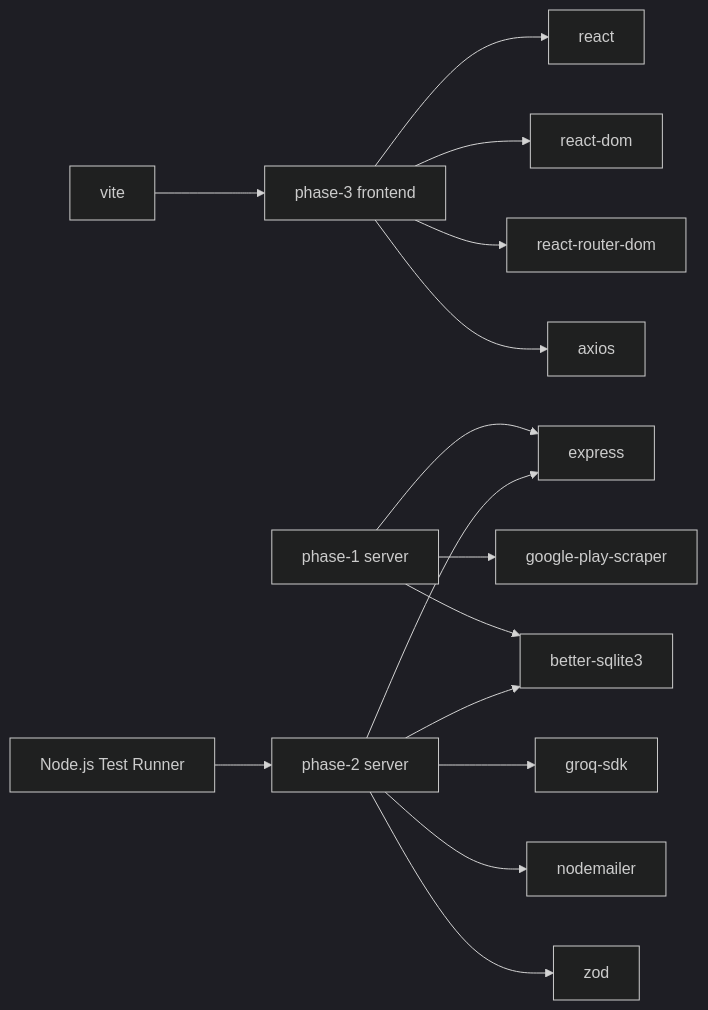
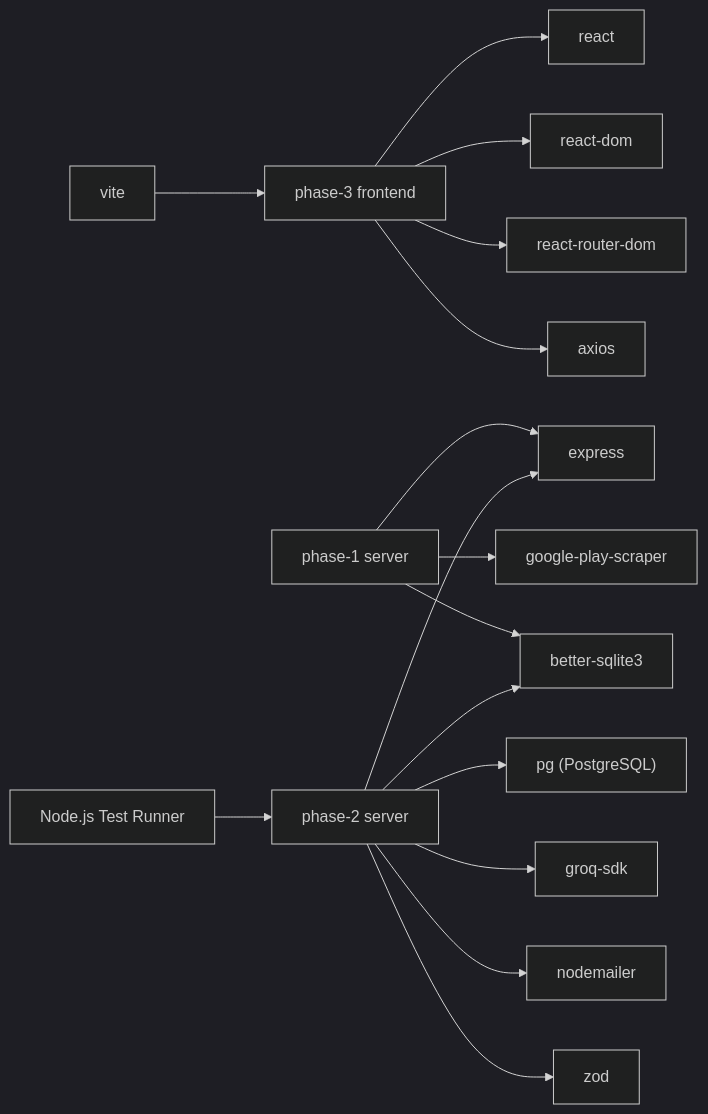
One commit to aravinthraj-ramalingam/Groww-App-Review-Insights-Analyzer- changed the fifth of 5 diagrams in .qoder/repowiki/en/content/Deployment & Operations.md. Above: the diagram before and after it, drawn with Mermaid (dark theme). The commit also changed other lines of this file and 7 other files, not shown here.

````diff
--- a/.qoder/repowiki/en/content/Deployment & Operations.md
+++ b/.qoder/repowiki/en/content/Deployment & Operations.md
@@ -399,17 +381,18 @@
 ```mermaid
 graph LR
 P2Server["phase-2 server"] --> Express["express"]
 P2Server --> DB["better-sqlite3"]
+P2Server --> PG["pg (PostgreSQL)"]
 P2Server --> Groq["groq-sdk"]
 P2Server --> Nodemailer["nodemailer"]
 P2Server --> Zod["zod"]
 P1Server["phase-1 server"] --> Express
 P1Server --> DB
 P1Server --> GPS["google-play-scraper"]
 FRONTEND["phase-3 frontend"] --> React["react"]
 FRONTEND --> ReactDOM["react-dom"]
 FRONTEND --> Router["react-router-dom"]
 FRONTEND --> Axios["axios"]
 Vite["vite"] --> FRONTEND
 TESTS["Node.js Test Runner"] --> P2Server
 ```
````
